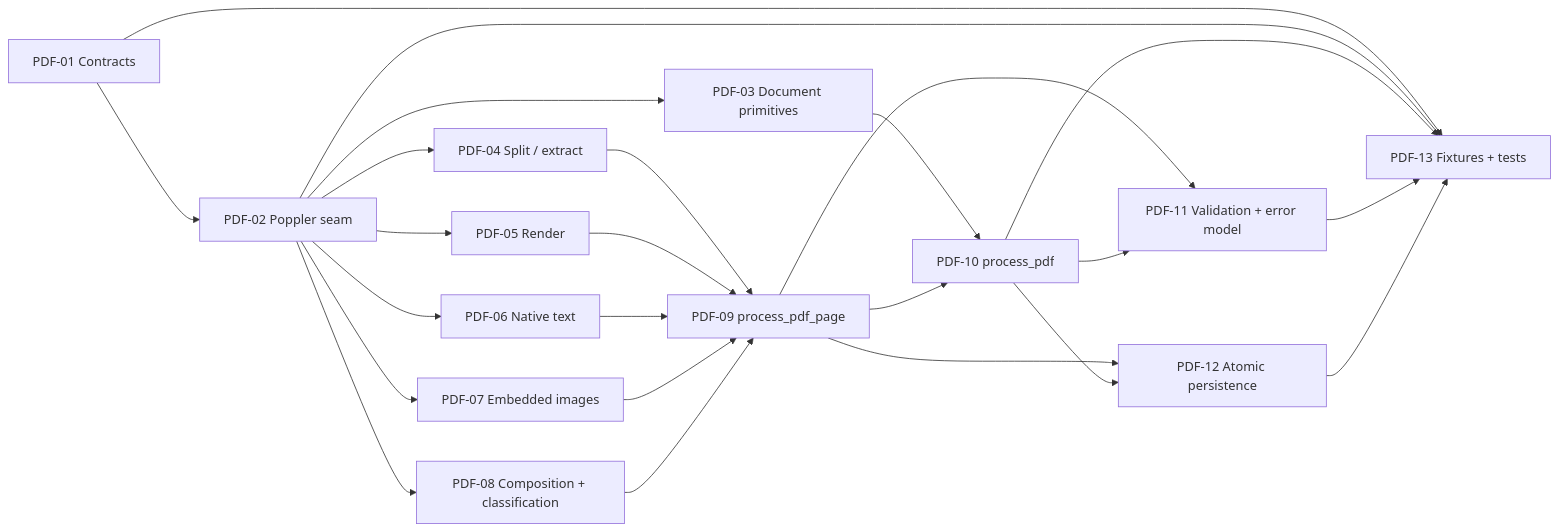
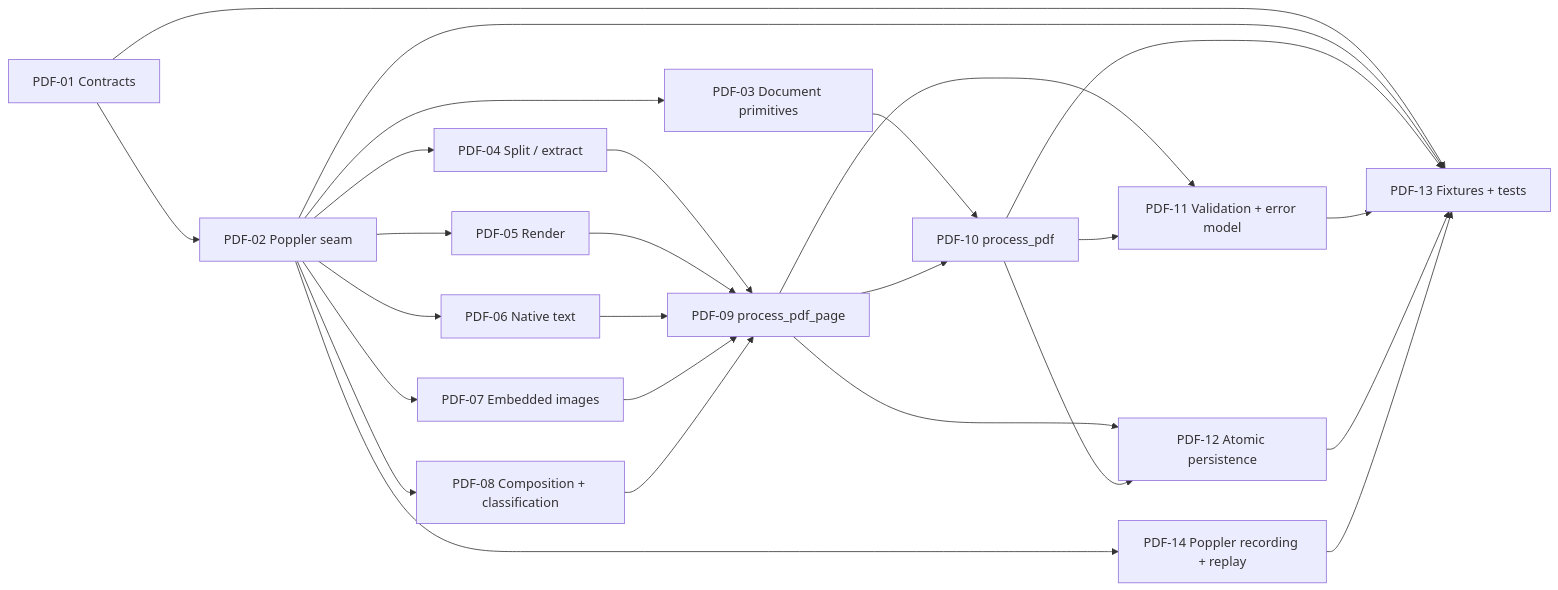
Before and after one commit to mariogarcia-ar/docflow: the diagram in docs/plan/issues/wbs-procesador-pdf.md, drawn with Mermaid. The commit also changed other lines of this file and 11 other files, not shown here.

First line of the commit message:
Enhance PDF, Image, OCR, and LLM processors with recording and replay mechanisms

````diff
--- a/docs/plan/issues/wbs-procesador-pdf.md
+++ b/docs/plan/issues/wbs-procesador-pdf.md
@@ -258,26 +297,28 @@
 ```mermaid
 flowchart LR
     PDF01["PDF-01 Contracts"] --> PDF02["PDF-02 Poppler seam"]
     PDF02 --> PDF03["PDF-03 Document primitives"]
     PDF02 --> PDF04["PDF-04 Split / extract"]
     PDF02 --> PDF05["PDF-05 Render"]
     PDF02 --> PDF06["PDF-06 Native text"]
     PDF02 --> PDF07["PDF-07 Embedded images"]
     PDF02 --> PDF08["PDF-08 Composition + classification"]
     PDF04 --> PDF09["PDF-09 process_pdf_page"]
     PDF05 --> PDF09
     PDF06 --> PDF09
     PDF07 --> PDF09
     PDF08 --> PDF09
     PDF03 --> PDF10["PDF-10 process_pdf"]
     PDF09 --> PDF10
     PDF09 --> PDF11["PDF-11 Validation + error model"]
     PDF10 --> PDF11
     PDF09 --> PDF12["PDF-12 Atomic persistence"]
     PDF10 --> PDF12
     PDF01 --> PDF13["PDF-13 Fixtures + tests"]
     PDF02 --> PDF13
     PDF10 --> PDF13
     PDF11 --> PDF13
     PDF12 --> PDF13
+    PDF02 --> PDF14["PDF-14 Poppler recording + replay"]
+    PDF14 --> PDF13
 ```
````
